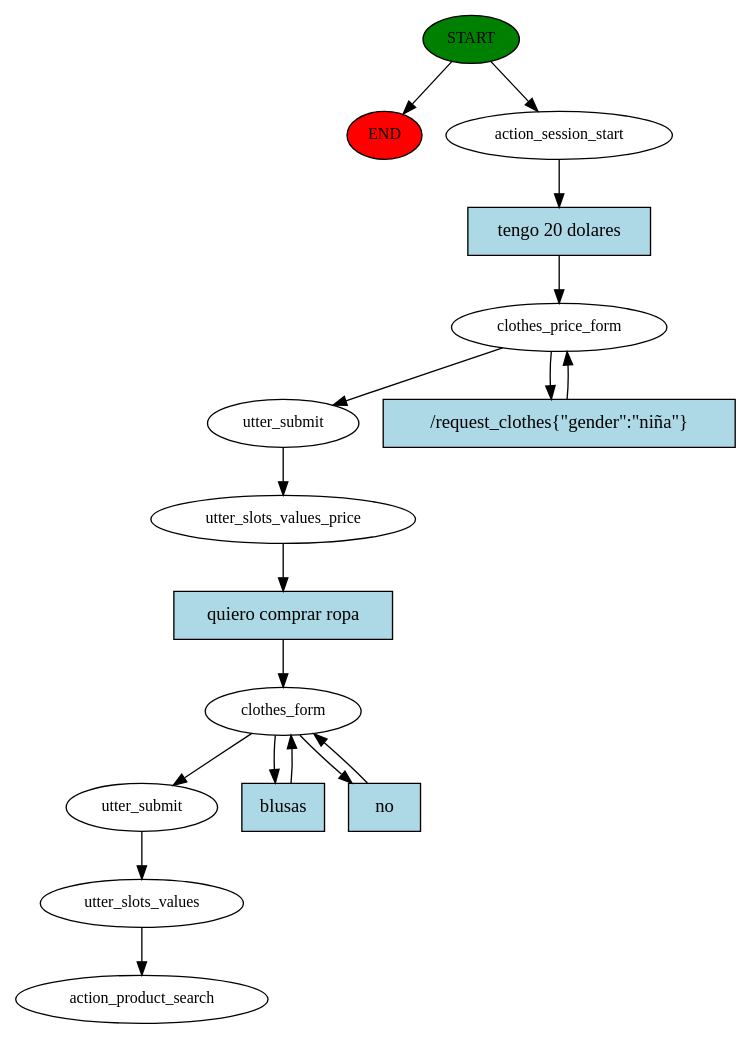
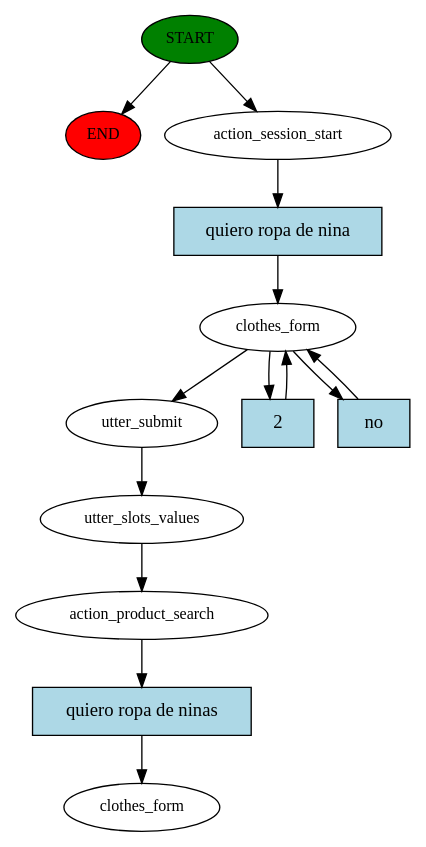
One commit to kabirivan/ChatBot-Clothes changed the diagram in chatbot/story_graph.dot. Above: the diagram before and after it, drawn with Graphviz. The commit also changed 4 other files, not shown here.

```diff
--- a/chatbot/story_graph.dot
+++ b/chatbot/story_graph.dot
@@ -1,34 +1,27 @@
 digraph  {
 0 [class="start active", fillcolor=green, fontsize=12, label=START, style=filled];
 "-1" [class=end, fillcolor=red, fontsize=12, label=END, style=filled];
 1 [class=active, fontsize=12, label=action_session_start];
-2 [class=active, fontsize=12, label=clothes_price_form];
-4 [class=active, fontsize=12, label=utter_submit];
-5 [class=active, fontsize=12, label=utter_slots_values_price];
-6 [class=active, fontsize=12, label=clothes_form];
-10 [class=active, fontsize=12, label=utter_submit];
-11 [class=active, fontsize=12, label=utter_slots_values];
-12 [class="dashed active", fontsize=12, label=action_product_search];
-13 [class="intent active", fillcolor=lightblue, label="tengo 20 dolares", shape=rect, style=filled];
-14 [class="intent active", fillcolor=lightblue, label="/request_clothes{\"gender\":\"niña\"}", shape=rect, style=filled];
-15 [class="intent active", fillcolor=lightblue, label="quiero comprar ropa", shape=rect, style=filled];
-16 [class="intent active", fillcolor=lightblue, label=blusas, shape=rect, style=filled];
-17 [class="intent active", fillcolor=lightblue, label=no, shape=rect, style=filled];
+2 [class=active, fontsize=12, label=clothes_form];
+7 [class=active, fontsize=12, label=utter_submit];
+8 [class=active, fontsize=12, label=utter_slots_values];
+9 [class=active, fontsize=12, label=action_product_search];
+10 [class="dashed active", fontsize=12, label=clothes_form];
+11 [class="intent active", fillcolor=lightblue, label="quiero ropa de nina", shape=rect, style=filled];
+12 [class="intent active", fillcolor=lightblue, label=2, shape=rect, style=filled];
+13 [class="intent active", fillcolor=lightblue, label=no, shape=rect, style=filled];
+14 [class="intent active", fillcolor=lightblue, label="quiero ropa de ninas", shape=rect, style=filled];
 0 -> "-1"  [class="", key=NONE, label=""];
 0 -> 1  [class=active, key=NONE, label=""];
-1 -> 13  [class=active, key=0];
-2 -> 4  [class=active, key=NONE, label=""];
-2 -> 14  [class=active, key=0];
-4 -> 5  [class=active, key=NONE, label=""];
-5 -> 15  [class=active, key=0];
-6 -> 10  [class=active, key=NONE, label=""];
-6 -> 16  [class=active, key=0];
-6 -> 17  [class=active, key=0];
-10 -> 11  [class=active, key=NONE, label=""];
-11 -> 12  [class=active, key=NONE, label=""];
+1 -> 11  [class=active, key=0];
+2 -> 7  [class=active, key=NONE, label=""];
+2 -> 12  [class=active, key=0];
+2 -> 13  [class=active, key=0];
+7 -> 8  [class=active, key=NONE, label=""];
+8 -> 9  [class=active, key=NONE, label=""];
+9 -> 14  [class=active, key=0];
+11 -> 2  [class=active, key=0];
+12 -> 2  [class=active, key=0];
 13 -> 2  [class=active, key=0];
-14 -> 2  [class=active, key=0];
-15 -> 6  [class=active, key=0];
-16 -> 6  [class=active, key=0];
-17 -> 6  [class=active, key=0];
+14 -> 10  [class=active, key=0];
 }
```
